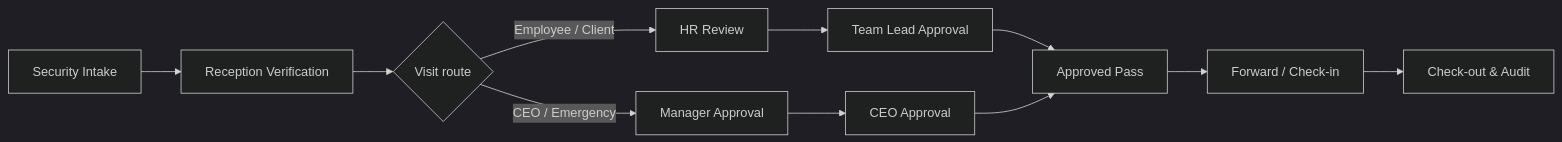
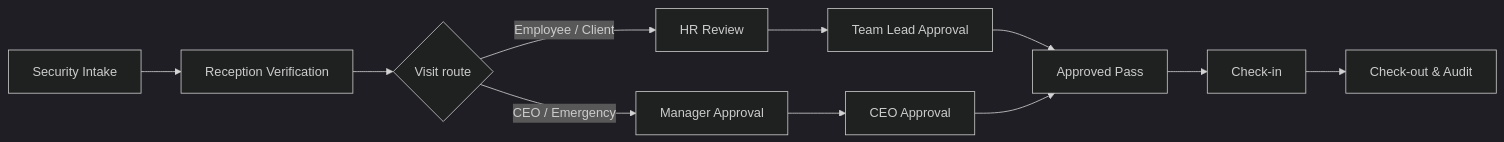
The diagram in README.md (JetyChodipilli/JetyChodipilli), drawn with Mermaid (dark theme) before and after one commit. The commit also changed other lines of this file, not shown here.

````diff
--- a/README.md
+++ b/README.md
@@ -82,13 +91,13 @@
 ```mermaid
 flowchart LR
     A["Security Intake"] --> B["Reception Verification"]
     B --> C{"Visit route"}
     C -->|Employee / Client| D["HR Review"]
     D --> E["Team Lead Approval"]
     C -->|CEO / Emergency| F["Manager Approval"]
     F --> G["CEO Approval"]
     E --> H["Approved Pass"]
     G --> H
-    H --> I["Forward / Check-in"]
+    H --> I["Check-in"]
     I --> J["Check-out & Audit"]
 ```
````
